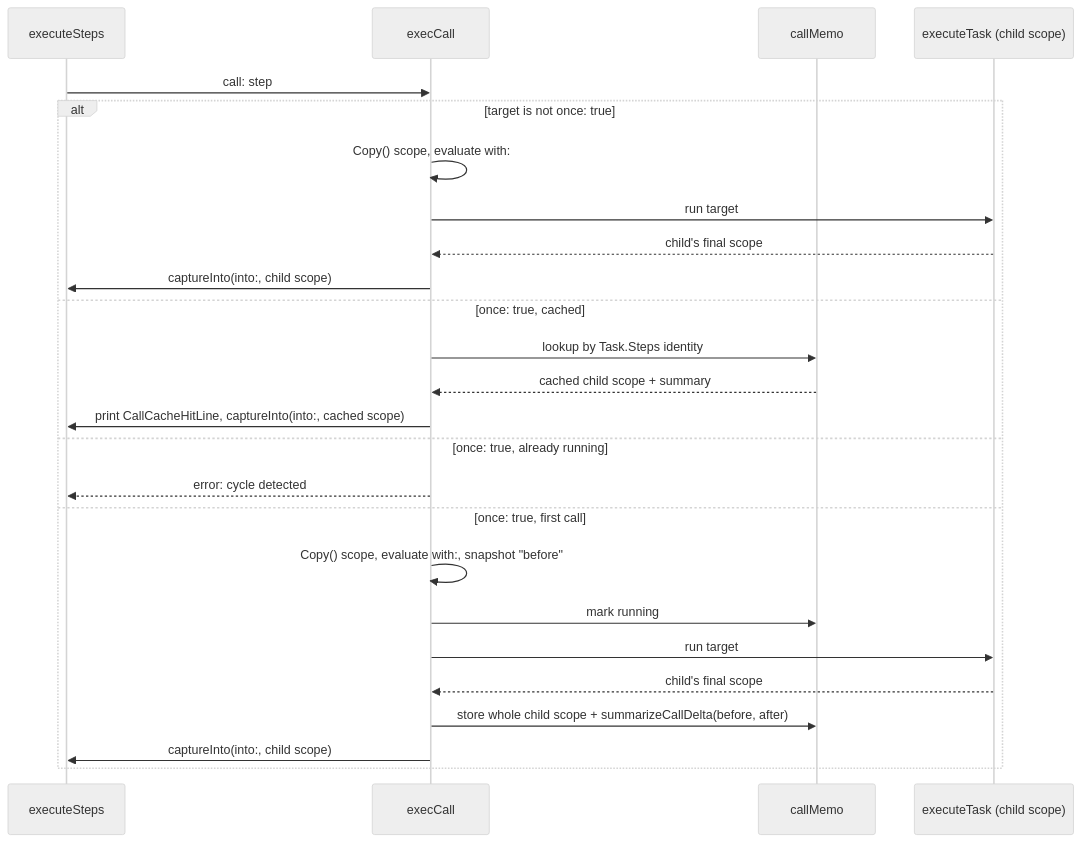
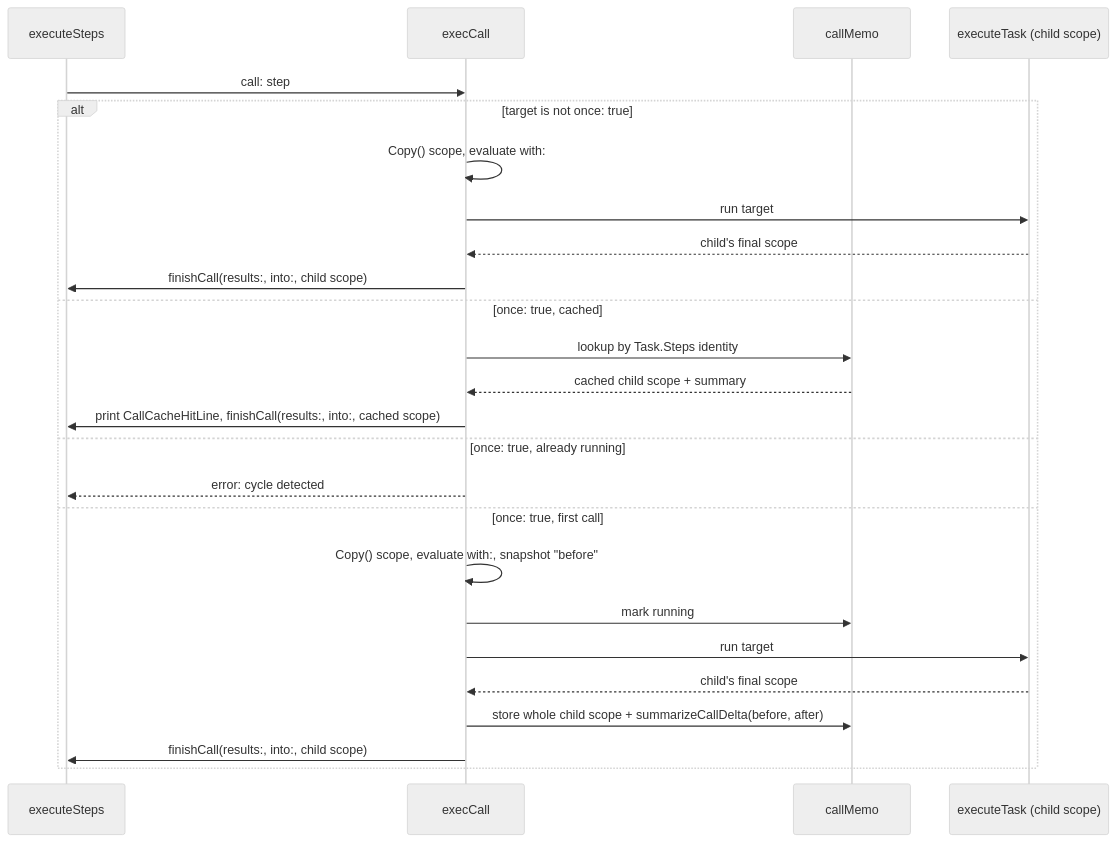
Before and after one commit to JakesMD/hobnob: the sixth of 7 diagrams in ARCHITECTURE.md, drawn with Mermaid (neutral theme). The commit also changed other lines of this file and 18 other files, not shown here.

Commit message:
Add task results: a call: without into: brings back the variables a task lists in results:

````diff
--- a/ARCHITECTURE.md
+++ b/ARCHITECTURE.md
@@ -398,27 +405,27 @@
 ```mermaid
 sequenceDiagram
     participant S as executeSteps
     participant C as execCall
     participant M as callMemo
     participant T as executeTask (child scope)
     S->>C: call: step
     alt target is not once: true
         C->>C: Copy() scope, evaluate with:
         C->>T: run target
         T-->>C: child's final scope
-        C->>S: captureInto(into:, child scope)
+        C->>S: finishCall(results:, into:, child scope)
     else once: true, cached
         C->>M: lookup by Task.Steps identity
         M-->>C: cached child scope + summary
-        C->>S: print CallCacheHitLine, captureInto(into:, cached scope)
+        C->>S: print CallCacheHitLine, finishCall(results:, into:, cached scope)
     else once: true, already running
         C-->>S: error: cycle detected
     else once: true, first call
         C->>C: Copy() scope, evaluate with:, snapshot "before"
         C->>M: mark running
         C->>T: run target
         T-->>C: child's final scope
         C->>M: store whole child scope + summarizeCallDelta(before, after)
-        C->>S: captureInto(into:, child scope)
+        C->>S: finishCall(results:, into:, child scope)
     end
 ```
````
